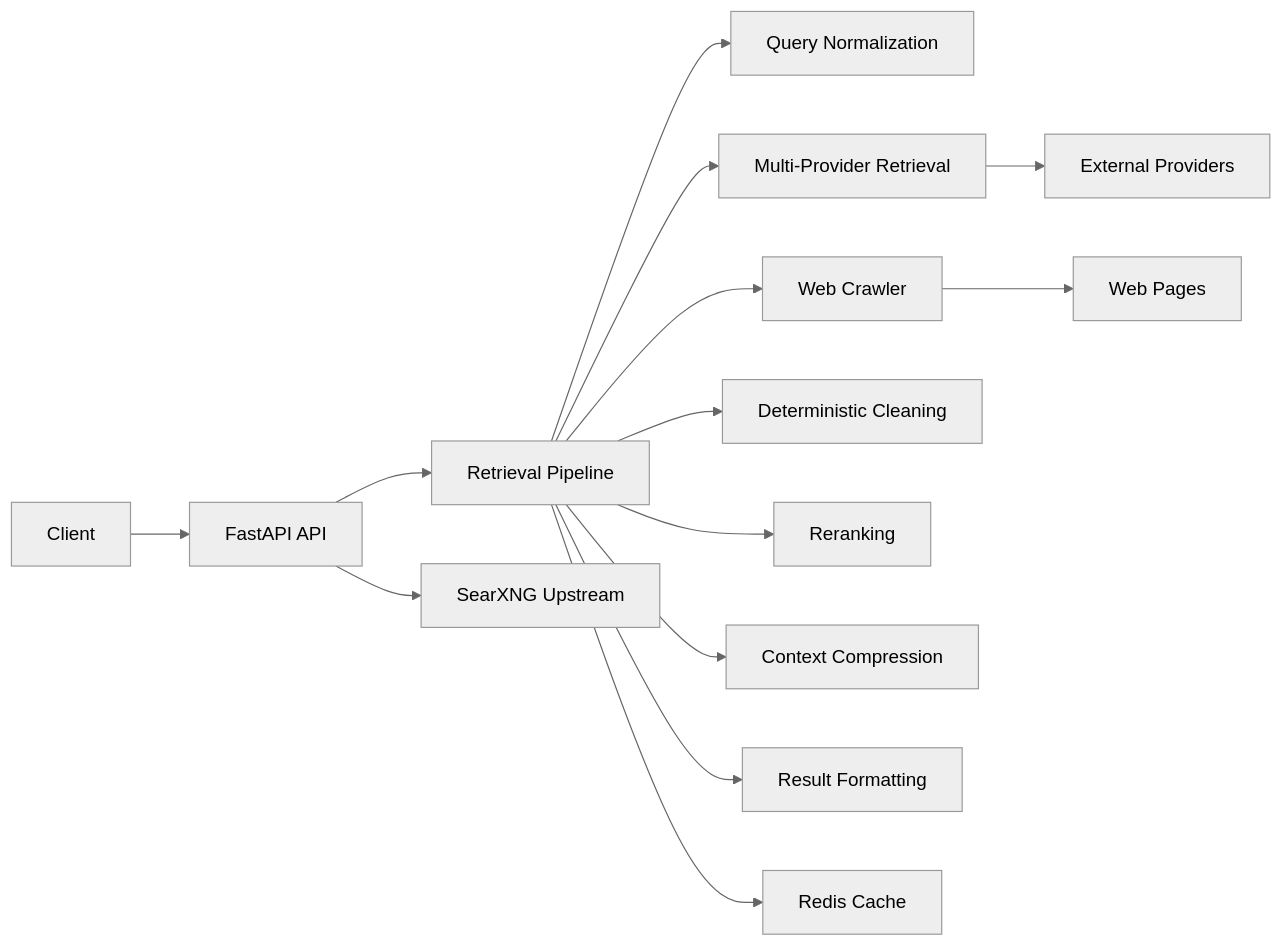
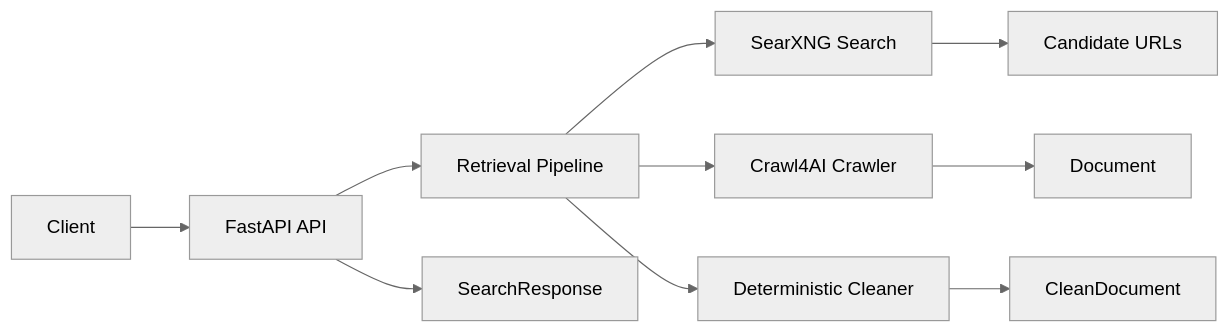
The diagram in README.md (RHarish1/quarry), drawn with Mermaid (neutral theme) before and after one commit. The commit also changed other lines of this file and 32 other files, not shown here.

Commit message:
feat: complete initial retrieval pipeline with Crawl4AI integration

````diff
--- a/README.md
+++ b/README.md
@@ -7,16 +7,12 @@
 ```mermaid
 flowchart LR
   Client[Client] --> API[FastAPI API]
   API --> Pipeline[Retrieval Pipeline]
-  Pipeline --> Query[Query Normalization]
-  Pipeline --> Retrieval[Multi-Provider Retrieval]
-  Pipeline --> Crawler[Web Crawler]
-  Pipeline --> Cleaning[Deterministic Cleaning]
-  Pipeline --> Ranking[Reranking]
-  Pipeline --> Compression[Context Compression]
-  Pipeline --> Formatting[Result Formatting]
-  Pipeline --> Cache[Redis Cache]
-   API --> SearXNG[SearXNG Upstream]
-  Retrieval --> Providers[External Providers]
-  Crawler --> Web[Web Pages]
+   Pipeline --> Search[SearXNG Search]
+   Pipeline --> Crawler[Crawl4AI Crawler]
+   Pipeline --> Cleaner[Deterministic Cleaner]
+   Search --> URLs[Candidate URLs]
+   Crawler --> Document[Document]
+   Cleaner --> CleanDocument[CleanDocument]
+   API --> Response[SearchResponse]
 ```
````
